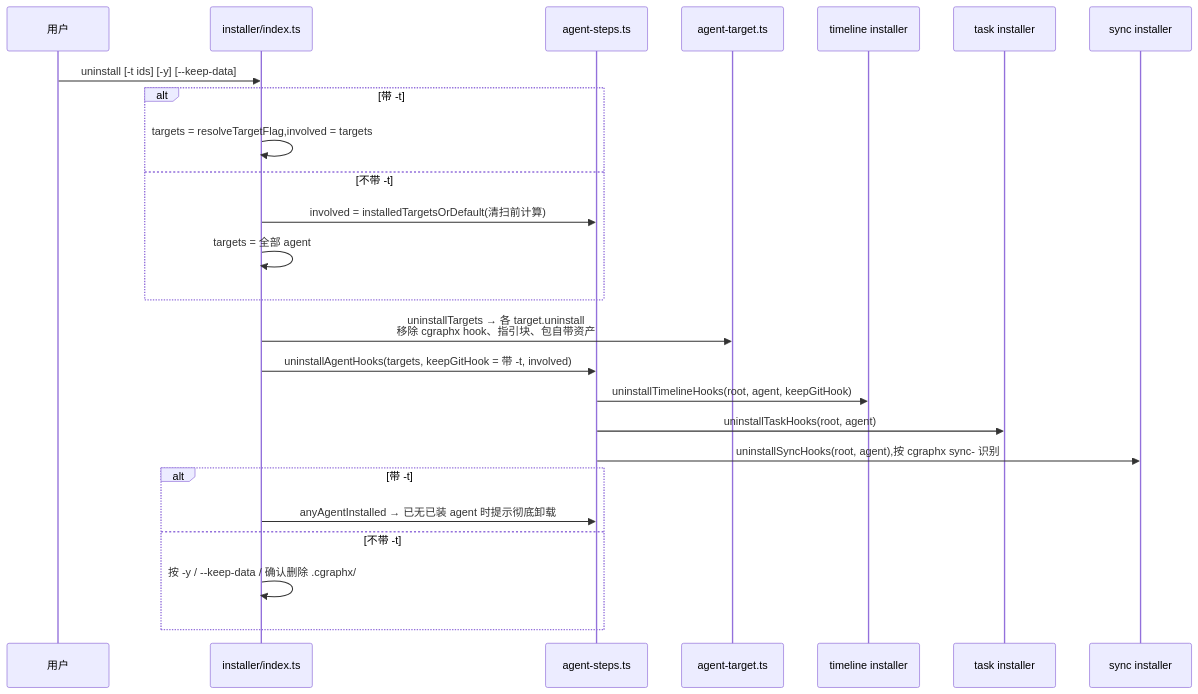
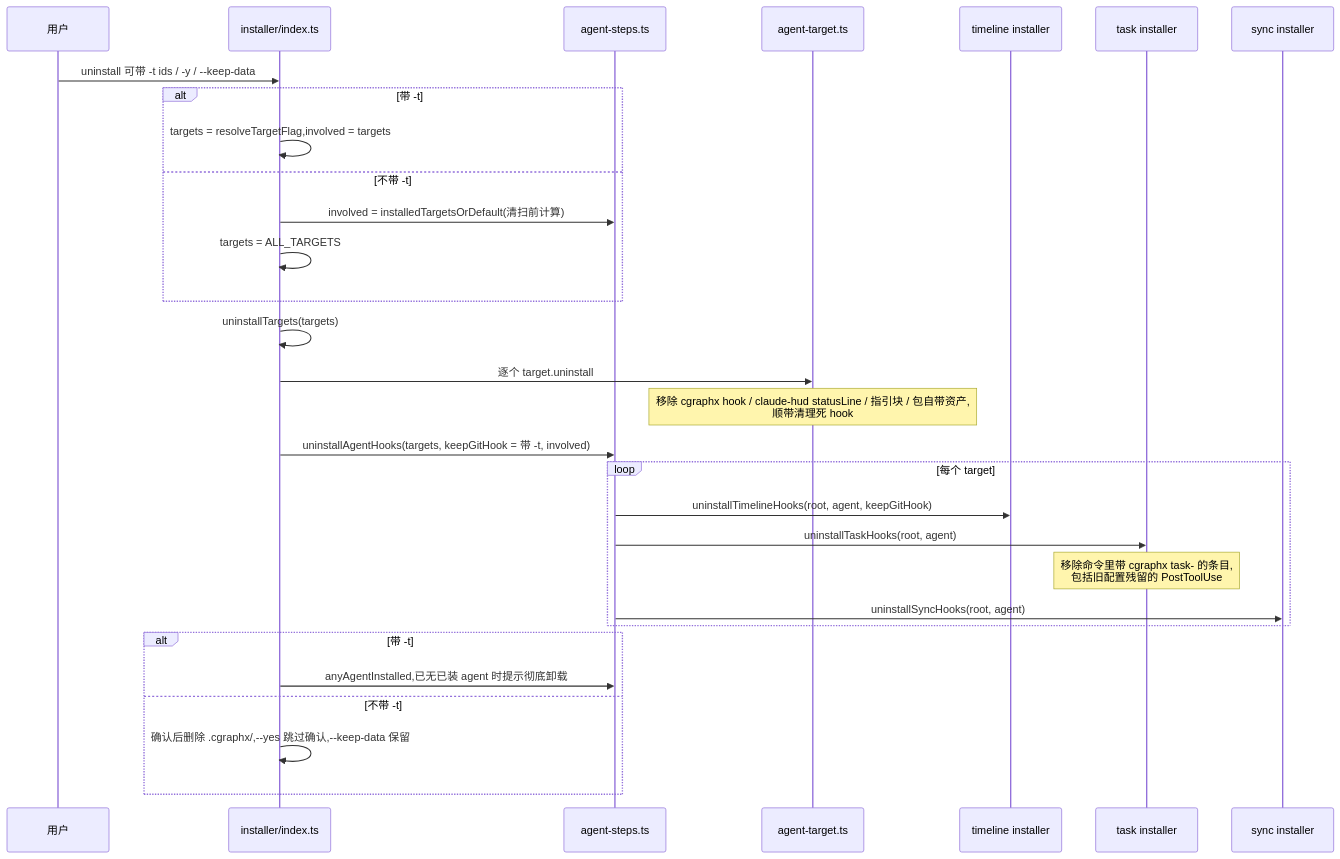
One commit to smdnkB/cgraphx changed the second of 3 diagrams in docs/code-map/flows/多agent安装.md. Above: the diagram before and after it, drawn with Mermaid. The commit also changed other lines of this file and 8 other files, not shown here.

First line of the commit message:
docs: 更新任务知识库与代码地图——任务自动关联落地后的现状

````diff
--- a/docs/code-map/flows/多agent安装.md
+++ b/docs/code-map/flows/多agent安装.md
@@ -104,28 +104,33 @@
 ```mermaid
 sequenceDiagram
   participant U as 用户
   participant IX as installer/index.ts
   participant AS as agent-steps.ts
   participant TG as agent-target.ts
   participant TL as timeline installer
   participant TK as task installer
   participant SY as sync installer
 
-  U->>IX: uninstall [-t ids] [-y] [--keep-data]
+  U->>IX: uninstall 可带 -t ids / -y / --keep-data
   alt 带 -t
     IX->>IX: targets = resolveTargetFlag,involved = targets
   else 不带 -t
     IX->>AS: involved = installedTargetsOrDefault(清扫前计算)
-    IX->>IX: targets = 全部 agent
+    IX->>IX: targets = ALL_TARGETS
   end
-  IX->>TG: uninstallTargets → 各 target.uninstall<br/>移除 cgraphx hook、指引块、包自带资产
+  IX->>IX: uninstallTargets(targets)
+  IX->>TG: 逐个 target.uninstall
+  Note over TG: 移除 cgraphx hook / claude-hud statusLine / 指引块 / 包自带资产,<br/>顺带清理死 hook
   IX->>AS: uninstallAgentHooks(targets, keepGitHook = 带 -t, involved)
-  AS->>TL: uninstallTimelineHooks(root, agent, keepGitHook)
-  AS->>TK: uninstallTaskHooks(root, agent)
-  AS->>SY: uninstallSyncHooks(root, agent),按 cgraphx sync- 识别
+  loop 每个 target
+    AS->>TL: uninstallTimelineHooks(root, agent, keepGitHook)
+    AS->>TK: uninstallTaskHooks(root, agent)
+    Note over TK: 移除命令里带 cgraphx task- 的条目,<br/>包括旧配置残留的 PostToolUse
+    AS->>SY: uninstallSyncHooks(root, agent)
+  end
   alt 带 -t
-    IX->>AS: anyAgentInstalled → 已无已装 agent 时提示彻底卸载
+    IX->>AS: anyAgentInstalled,已无已装 agent 时提示彻底卸载
   else 不带 -t
-    IX->>IX: 按 -y / --keep-data / 确认删除 .cgraphx/
+    IX->>IX: 确认后删除 .cgraphx/,--yes 跳过确认,--keep-data 保留
   end
 ```
````
